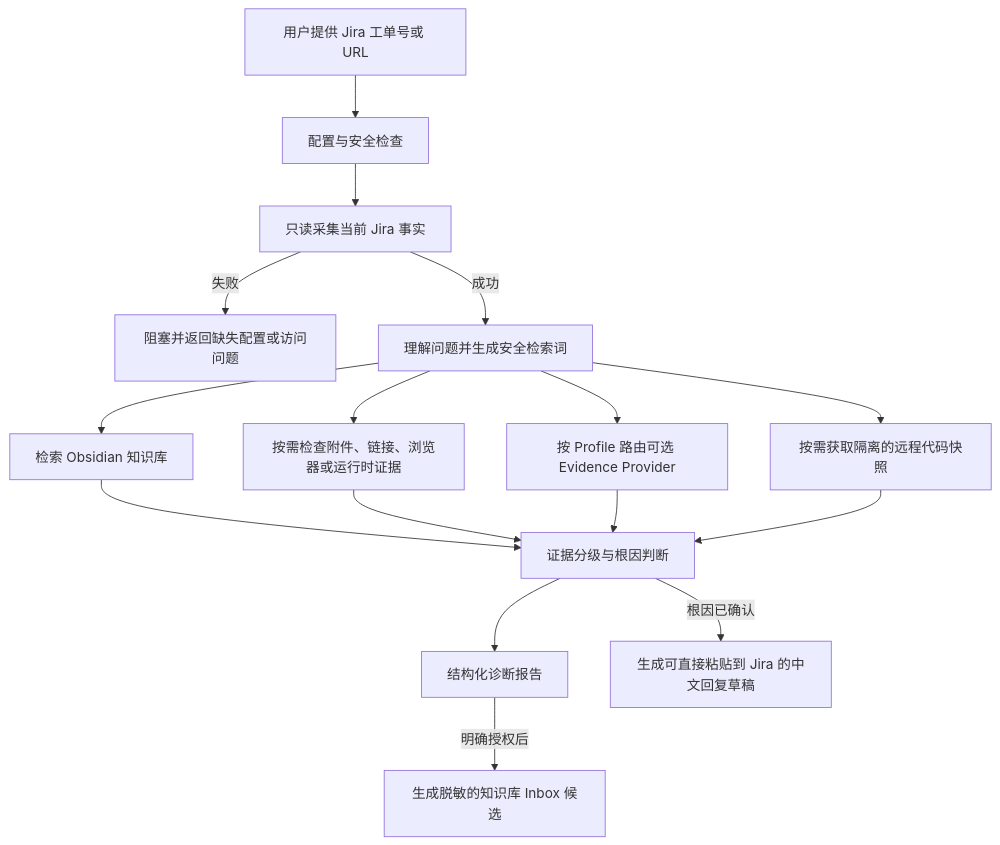
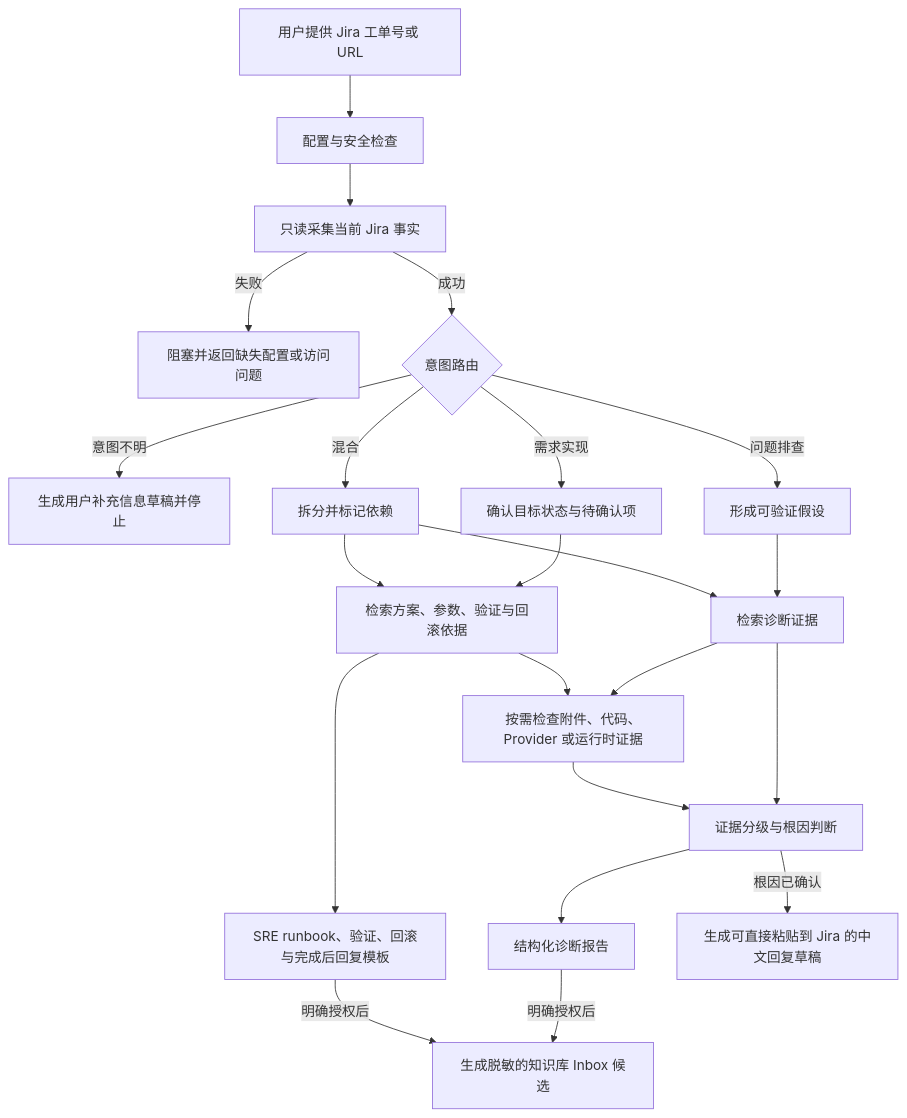
Before and after one commit to AlvinGgg/l05-diagnosis-skill: the diagram in README.md, drawn with Mermaid. The commit also changed other lines of this file and 22 other files, not shown here.

````diff
--- a/README.md
+++ b/README.md
@@ -9,18 +9,24 @@
 ```mermaid
 flowchart TD
     U["用户提供 Jira 工单号或 URL"] --> G["配置与安全检查"]
     G --> J["只读采集当前 Jira 事实"]
     J -->|失败| B["阻塞并返回缺失配置或访问问题"]
-    J -->|成功| Q["理解问题并生成安全检索词"]
-    Q --> K["检索 Obsidian 知识库"]
-    Q --> E["按需检查附件、链接、浏览器或运行时证据"]
-    Q --> O["按 Profile 路由可选 Evidence Provider"]
-    Q --> C["按需获取隔离的远程代码快照"]
+    J -->|成功| I{"意图路由"}
+    I -->|意图不明| A["生成用户补充信息草稿并停止"]
+    I -->|问题排查| Q["形成可验证假设"]
+    I -->|需求实现| F["确认目标状态与待确认项"]
+    I -->|混合| M["拆分并标记依赖"]
+    Q --> K["检索诊断证据"]
+    F --> K2["检索方案、参数、验证与回滚依据"]
+    M --> K
+    M --> K2
+    K --> E["按需检查附件、代码、Provider 或运行时证据"]
+    K2 --> E
     K --> R["证据分级与根因判断"]
     E --> R
-    O --> R
-    C --> R
     R --> D["结构化诊断报告"]
+    K2 --> S["SRE runbook、验证、回滚与完成后回复模板"]
     R -->|根因已确认| P["生成可直接粘贴到 Jira 的中文回复草稿"]
-    D -->|明确授权后| I["生成脱敏的知识库 Inbox 候选"]
+    D -->|明确授权后| N["生成脱敏的知识库 Inbox 候选"]
+    S -->|明确授权后| N
 ```
````
